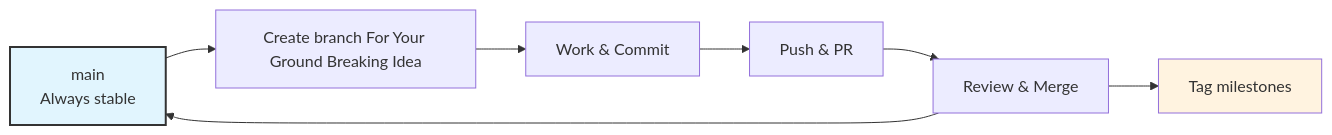
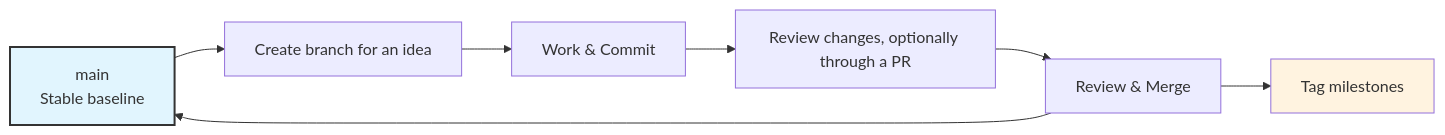
One commit to 7FeiW/Incomplete_guide changed the first of 2 diagrams in docs/03_Version_Contorl_and_Git.md. Above: the diagram before and after it, drawn with Mermaid. The commit also changed other lines of this file and 14 other files, not shown here.

````diff
--- a/docs/03_Version_Contorl_and_Git.md
+++ b/docs/03_Version_Contorl_and_Git.md
@@ -82,12 +75,12 @@
 ```mermaid
 flowchart LR
-    A[main<br>Always stable] --> B[Create branch For Your Ground Breaking Idea]
+    A[main<br>Stable baseline] --> B[Create branch for an idea]
     B --> C[Work & Commit]
-    C --> D[Push & PR]
+    C --> D[Review changes, optionally through a PR]
     D --> E[Review & Merge]
     E --> A
     E --> F[Tag milestones]
     
     style A fill:#e1f5fe,stroke:#333,stroke-width:2px
     style F fill:#fff3e0
 ```
````
